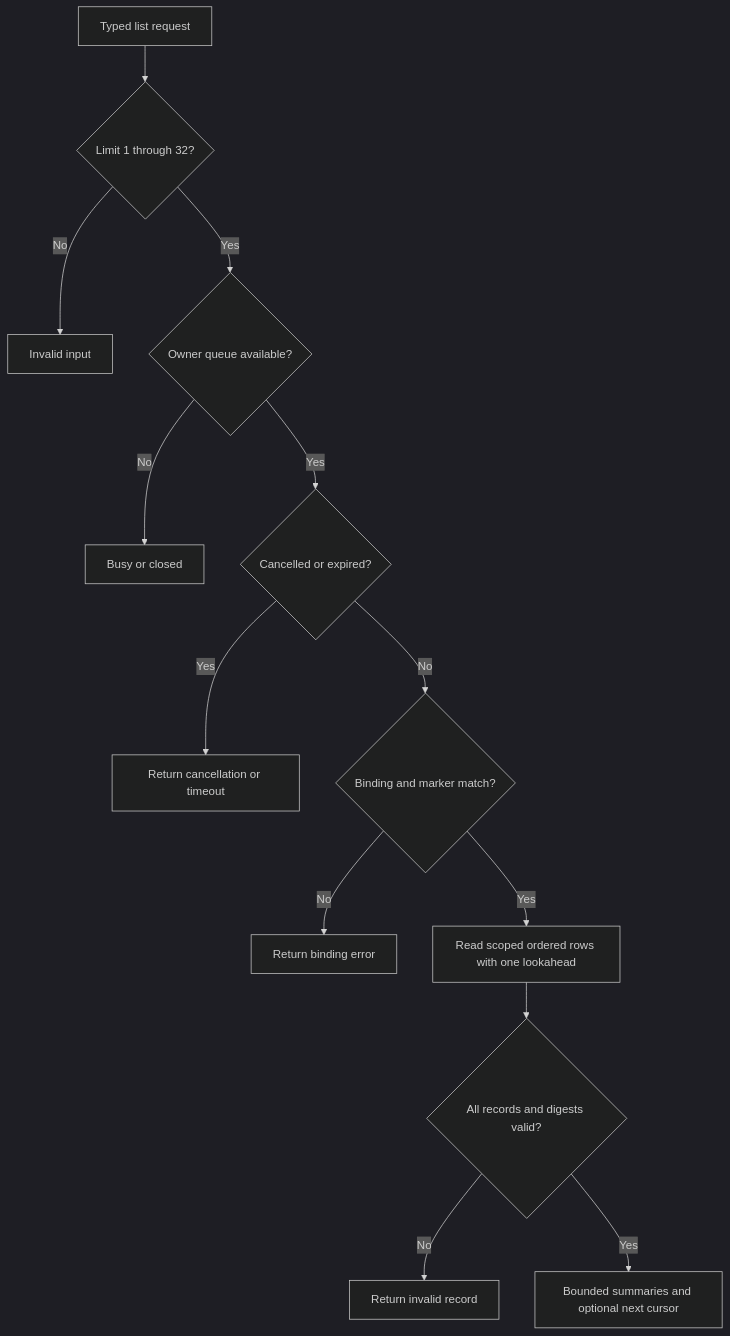
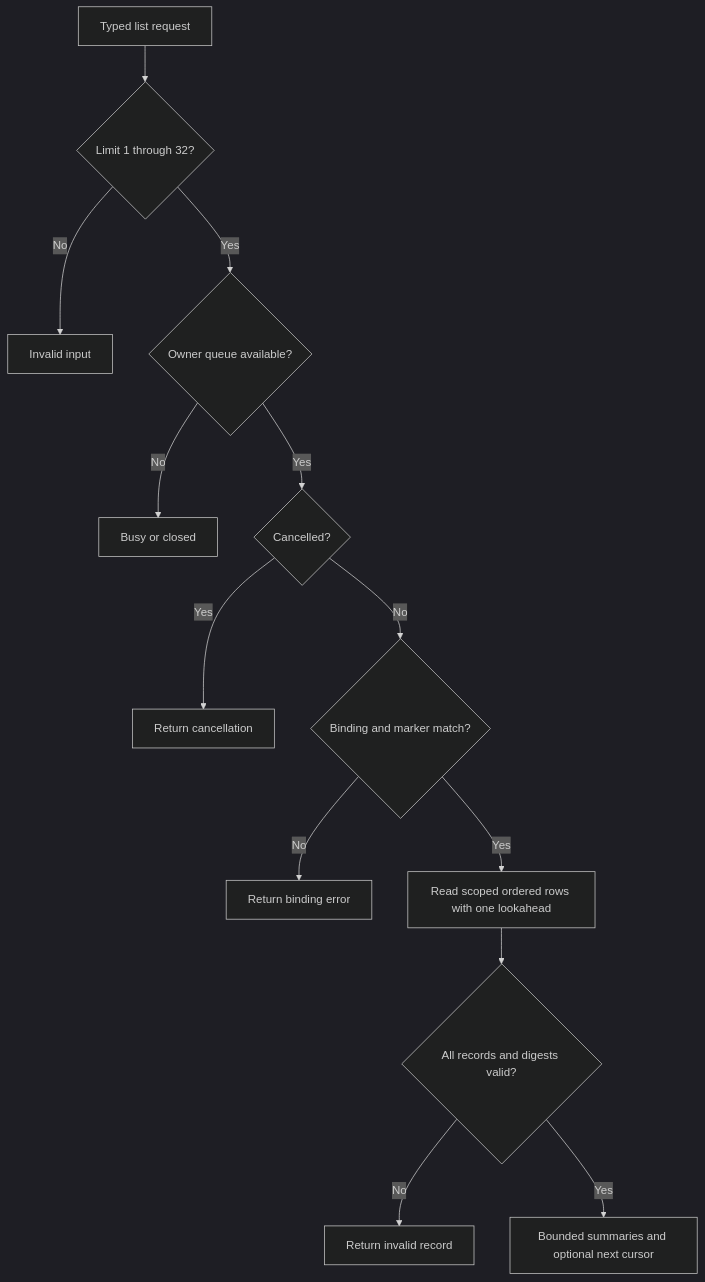
One commit to pidster/asura changed diagram 16 of 20 in docs/designs/hybrid-memory-ontology.md. Above: the diagram before and after it, drawn with Mermaid (dark theme). The commit also changed other lines of this file and 39 other files, not shown here.

````diff
--- a/docs/designs/hybrid-memory-ontology.md
+++ b/docs/designs/hybrid-memory-ontology.md
@@ -1613,15 +1613,15 @@
 ```mermaid
 flowchart TD
     Request[Typed list request] --> Bounds{Limit 1 through 32?}
     Bounds -->|No| Invalid[Invalid input]
     Bounds -->|Yes| Queue{Owner queue available?}
     Queue -->|No| Busy[Busy or closed]
-    Queue -->|Yes| Deadline{Cancelled or expired?}
-    Deadline -->|Yes| Stop[Return cancellation or timeout]
-    Deadline -->|No| Binding{Binding and marker match?}
+    Queue -->|Yes| Cancelled{Cancelled?}
+    Cancelled -->|Yes| Stop[Return cancellation]
+    Cancelled -->|No| Binding{Binding and marker match?}
     Binding -->|No| Fail[Return binding error]
     Binding -->|Yes| Query[Read scoped ordered rows with one lookahead]
     Query --> Decode{All records and digests valid?}
     Decode -->|No| FailRecord[Return invalid record]
     Decode -->|Yes| Page[Bounded summaries and optional next cursor]
 ```
````
